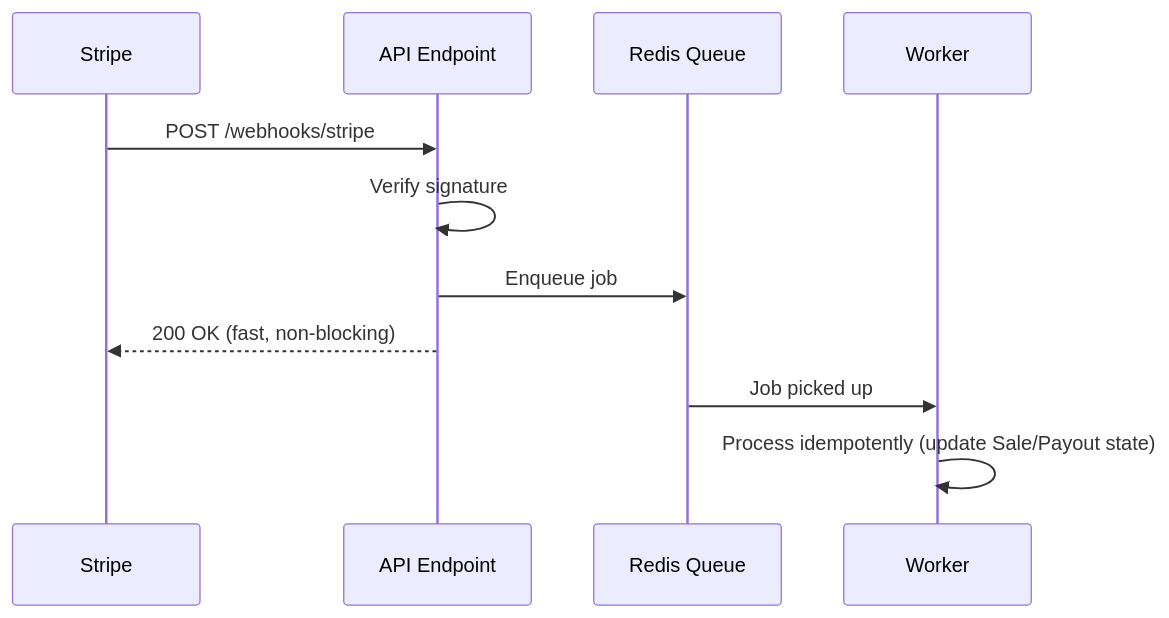
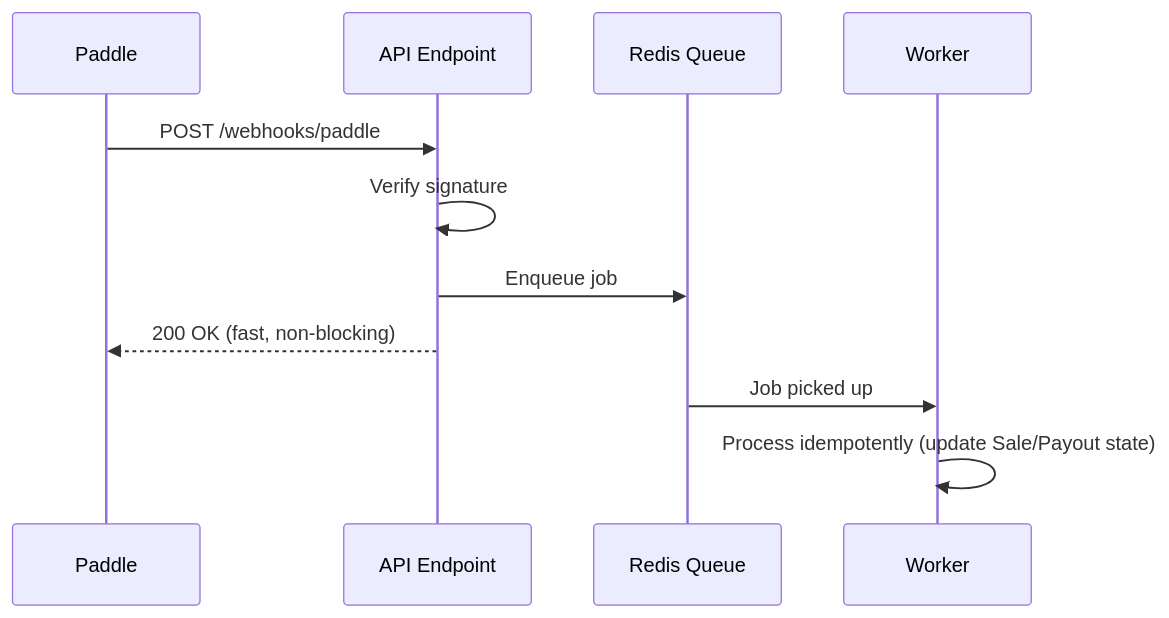
The diagram in Docs/Technical Architecture/Event-Driven Architecture 3b1b4f1f20fd8161802cdd08066966ae.md (sellviabusiness/sellviaproject), drawn with Mermaid before and after one commit. The commit also changed other lines of this file and 68 other files, not shown here.

First line of the commit message:
docs: replace Stripe with Paddle across all docs

````diff
--- a/Docs/Technical Architecture/Event-Driven Architecture 3b1b4f1f20fd8161802cdd08066966ae.md
+++ b/Docs/Technical Architecture/Event-Driven Architecture 3b1b4f1f20fd8161802cdd08066966ae.md
@@ -33,14 +33,14 @@
 ```mermaid
 sequenceDiagram
-    participant S as Stripe
+    participant S as Paddle
     participant API as API Endpoint
     participant Q as Redis Queue
     participant W as Worker
 
-    S->>API: POST /webhooks/stripe
+    S->>API: POST /webhooks/paddle
     API->>API: Verify signature
     API->>Q: Enqueue job
     API-->>S: 200 OK (fast, non-blocking)
     Q->>W: Job picked up
     W->>W: Process idempotently (update Sale/Payout state)
 ```
````
